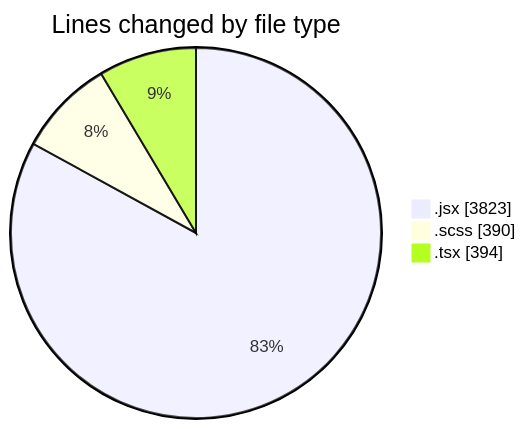
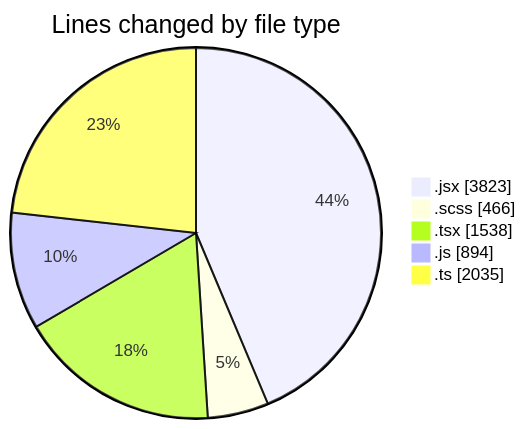
The first of 2 diagrams in 2026-09-02/cda/README.md (momahboobian/code-tracking), drawn with Mermaid before and after one commit. The commit also changed other lines of this file and 1 other file, not shown here.

````diff
--- a/2026-09-02/cda/README.md
+++ b/2026-09-02/cda/README.md
@@ -45,7 +65,9 @@
 ```mermaid
 pie showData
 title Lines changed by file type
 ".jsx" : 3823
-".scss" : 390
-".tsx" : 394
+".scss" : 466
+".tsx" : 1538
+".js" : 894
+".ts" : 2035
 ```
````
